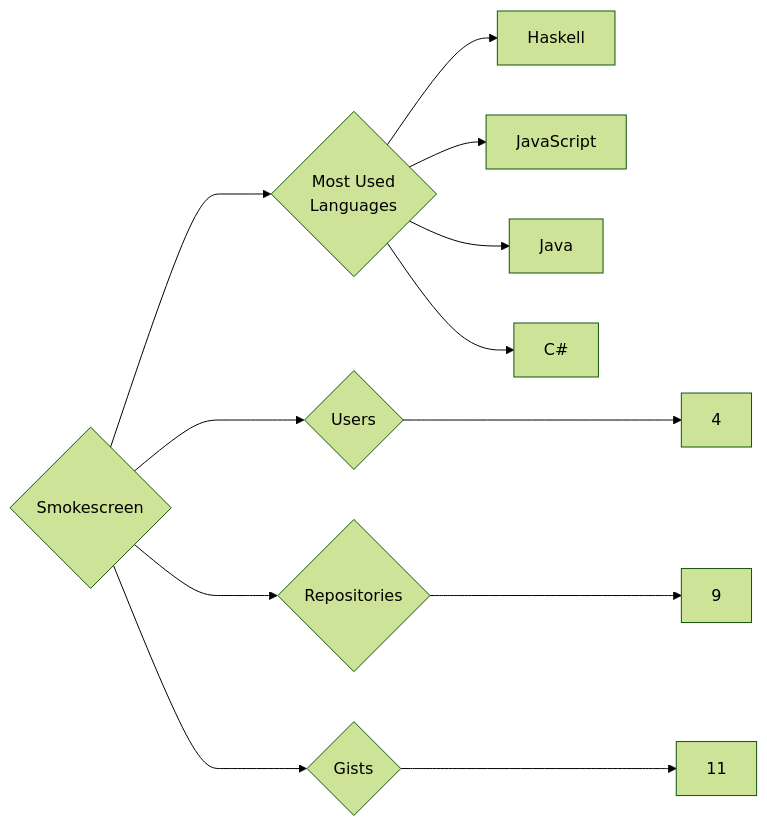
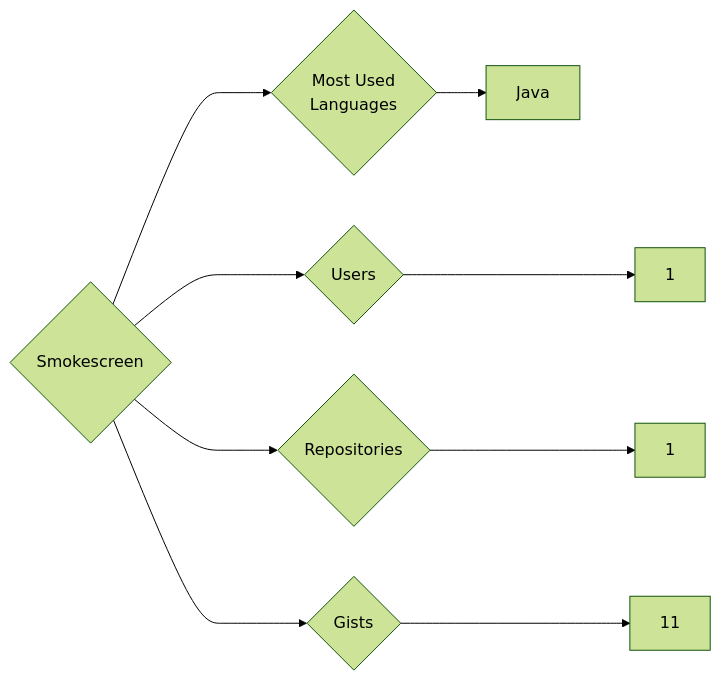
The diagram in targets/Smokescreen/README.md (trickest/insiders), drawn with Mermaid (forest theme) before and after one commit. The commit also changed 953 other files, not shown here.

````diff
--- a/targets/Smokescreen/README.md
+++ b/targets/Smokescreen/README.md
@@ -3,12 +3,9 @@
 ```mermaid
 graph LR
 COMPANY_NAME{Smokescreen}
-COMPANY_NAME ---> U{Users} ---> UN[4]
-COMPANY_NAME ---> R{Repositories} ---> RN[9]
+COMPANY_NAME ---> U{Users} ---> UN[1]
+COMPANY_NAME ---> R{Repositories} ---> RN[1]
 COMPANY_NAME ---> G{Gists} ---> GN[11]
 COMPANY_NAME ---> ML{Most Used<br>Languages}
-ML --> Haskell[Haskell]
-ML --> JavaScript[JavaScript]
 ML --> Java[Java]
-ML --> C#[C#]
 ```
````
